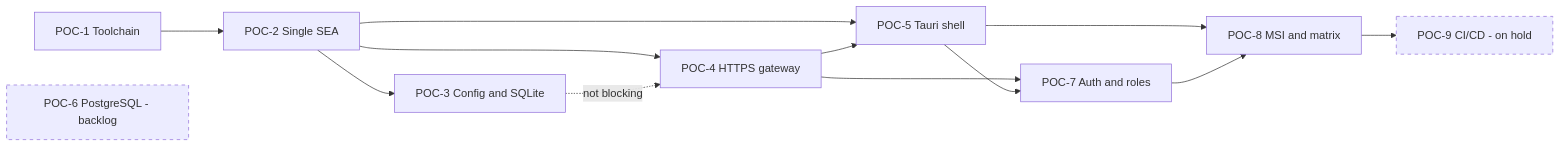
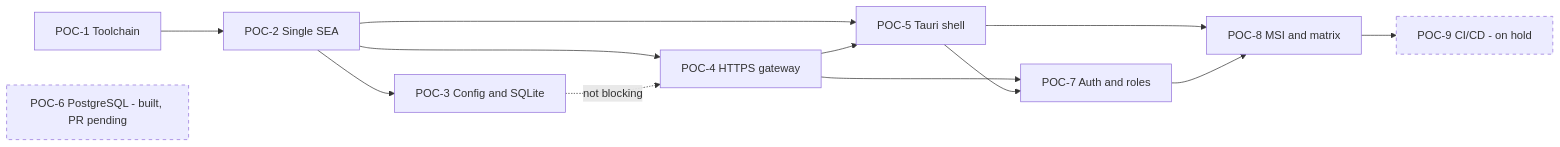
The second of 5 diagrams in docs/roadmap/PROPOSAL.md (virgenherrera/lan-solution-template), drawn with Mermaid before and after one commit. The commit also changed other lines of this file and 105 other files, not shown here.

Commit message:
feat: add the PostgreSQL engine with pgvector and move config to Nest DI (POC-6) (#23)

````diff
--- a/docs/roadmap/PROPOSAL.md
+++ b/docs/roadmap/PROPOSAL.md
@@ -76,17 +76,17 @@
 ```mermaid
 flowchart LR
     P1["POC-1 Toolchain"] --> P2["POC-2 Single SEA"]
     P2 --> P3["POC-3 Config and SQLite"]
     P2 --> P4["POC-4 HTTPS gateway"]
     P3 -.->|"not blocking"| P4
     P2 --> P5["POC-5 Tauri shell"]
     P4 --> P5
     P4 --> P7["POC-7 Auth and roles"]
     P5 --> P7
     P5 --> P8["POC-8 MSI and matrix"]
     P7 --> P8
     P8 --> P9["POC-9 CI/CD - on hold"]
-    P6["POC-6 PostgreSQL - backlog"]
+    P6["POC-6 PostgreSQL - built, PR pending"]
     classDef pause stroke-dasharray:5 5
     class P9,P6 pause
 ```
````
